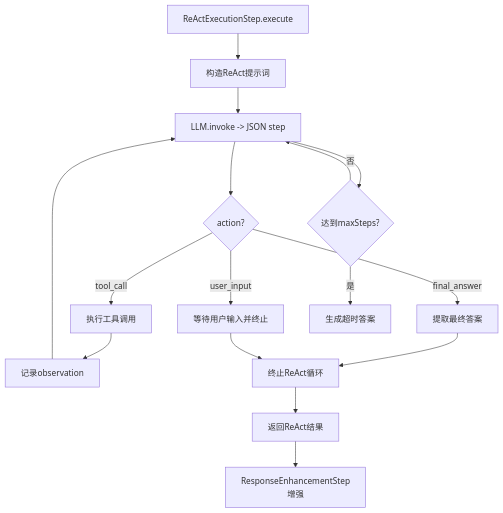
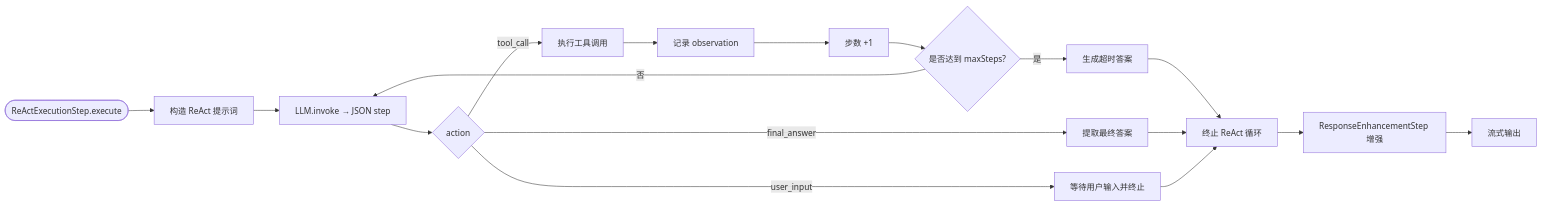
The second of 2 diagrams in docs/react-flow.md (seemrcola/bot-server), drawn with Mermaid before and after one commit. The commit also changed other lines of this file, not shown here.

Commit message:
wip: a2a

````diff
--- a/docs/react-flow.md
+++ b/docs/react-flow.md
@@ -64,21 +64,23 @@
 ```mermaid
-flowchart TD
-  A["ReActExecutionStep.execute"] --> B["构造ReAct提示词"]
-  B --> C["LLM.invoke -> JSON step"]
-  C --> D{"action?"}
-  D -- "tool_call" --> E["执行工具调用"]
-  D -- "final_answer" --> F["提取最终答案"]
-  D -- "user_input" --> G["等待用户输入并终止"]
+flowchart LR
+  start([ReActExecutionStep.execute]) --> build[构造 ReAct 提示词]
+  build --> invoke[LLM.invoke → JSON step]
+  invoke --> decision{action}
 
-  E --> H["记录observation"]
-  H --> C
-  F --> I["终止ReAct循环"]
-  G --> I
+  decision -- tool_call --> callTool[执行工具调用]
+  callTool --> obs[记录 observation]
+  obs --> stepInc[步数 +1]
+  stepInc --> check{是否达到 maxSteps?}
+  check -- 否 --> invoke
+  check -- 是 --> timeout[生成超时答案]
 
-  C --> J{"达到maxSteps?"}
-  J -- "是" --> K["生成超时答案"]
-  J -- "否" --> C
+  decision -- final_answer --> final[提取最终答案]
+  decision -- user_input  --> wait[等待用户输入并终止]
 
-  I --> L["返回ReAct结果"]
-  L --> M["ResponseEnhancementStep增强"]
+  timeout --> stop[终止 ReAct 循环]
+  final   --> stop
+  wait    --> stop
+
+  stop --> enhance[ResponseEnhancementStep 增强]
+  enhance --> output[流式输出]
 ```
````
